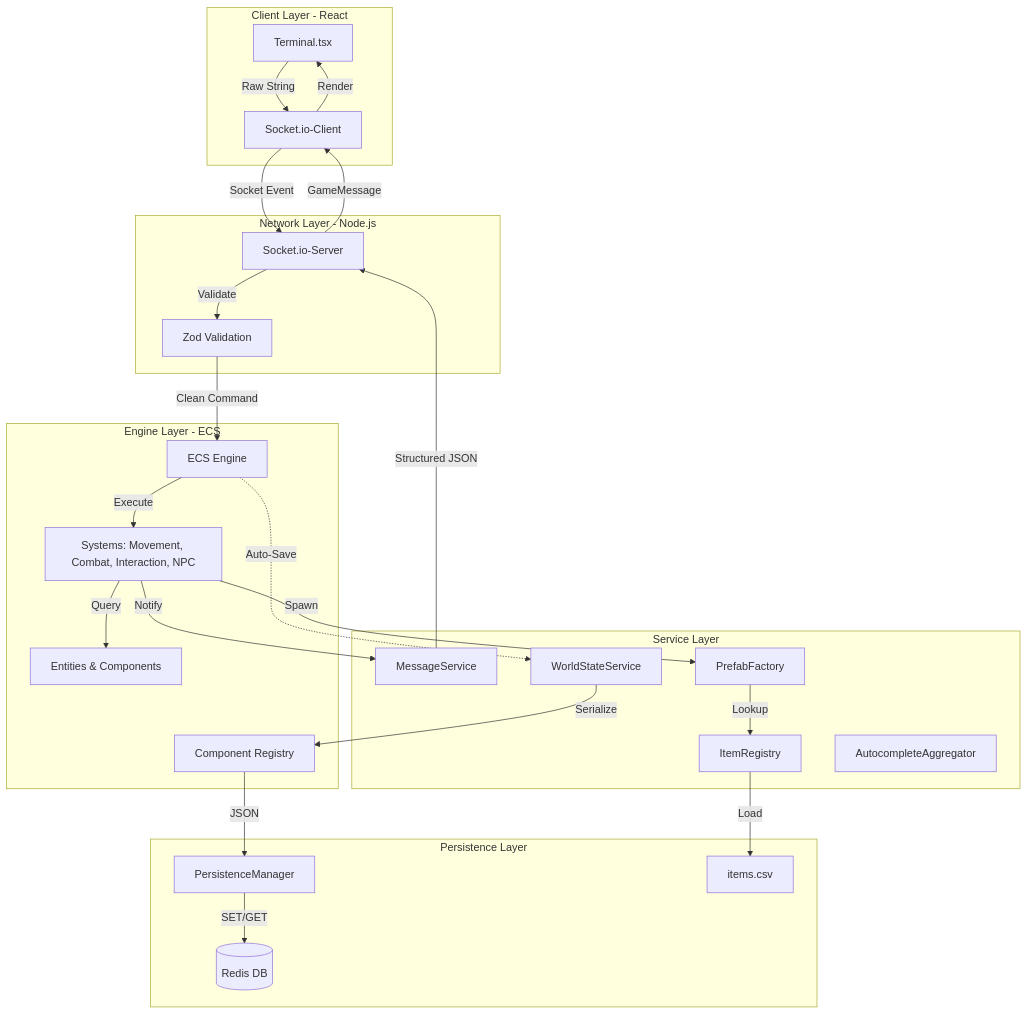
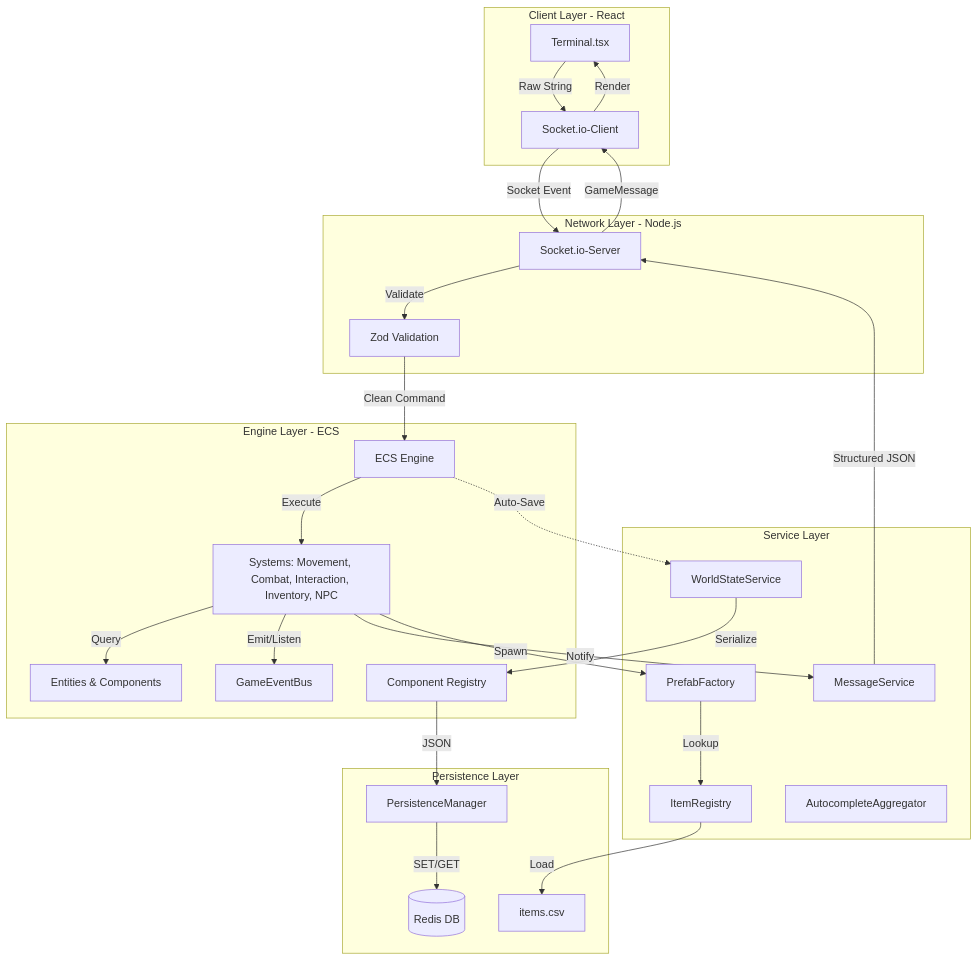
The diagram in AGENTS.md (phobosd/Zenith-9), drawn with Mermaid before and after one commit. The commit also changed other lines of this file and 44 other files, not shown here.

````diff
--- a/AGENTS.md
+++ b/AGENTS.md
@@ -31,60 +32,62 @@
 ```mermaid
 graph TD
     subgraph Client_Layer [Client Layer - React]
         Terminal[Terminal.tsx]
         SocketClient[Socket.io-Client]
     end
 
     subgraph Network_Layer [Network Layer - Node.js]
         SocketServer[Socket.io-Server]
         Zod[Zod Validation]
     end
 
     subgraph Engine_Layer [Engine Layer - ECS]
         Engine[ECS Engine]
-        Systems[Systems: Movement, Combat, Interaction, NPC]
+        Systems[Systems: Movement, Combat, Interaction, Inventory, NPC]
         Entities[Entities & Components]
         Registry[Component Registry]
+        EventBus[GameEventBus]
     end
 
     subgraph Service_Layer [Service Layer]
         MessageService[MessageService]
         WorldState[WorldStateService]
         PrefabFactory[PrefabFactory]
         ItemRegistry[ItemRegistry]
         Autocomplete[AutocompleteAggregator]
     end
 
     subgraph Persistence_Layer [Persistence Layer]
         PersistenceManager[PersistenceManager]
         Redis[(Redis DB)]
         CSV[items.csv]
     end
 
     %% Command Flow
     Terminal -->|Raw String| SocketClient
     SocketClient -->|Socket Event| SocketServer
     SocketServer -->|Validate| Zod
     Zod -->|Clean Command| Engine
     Engine -->|Execute| Systems
 
     %% System Logic
     Systems -->|Query| Entities
+    Systems -->|Emit/Listen| EventBus
     Systems -->|Notify| MessageService
     Systems -->|Spawn| PrefabFactory
     
     %% Data Flow
     PrefabFactory -->|Lookup| ItemRegistry
     ItemRegistry -->|Load| CSV
     
     %% Persistence Flow
     Engine -.->|Auto-Save| WorldState
     WorldState -->|Serialize| Registry
     Registry -->|JSON| PersistenceManager
     PersistenceManager -->|SET/GET| Redis
 
     %% Feedback Flow
     MessageService -->|Structured JSON| SocketServer
     SocketServer -->|GameMessage| SocketClient
     SocketClient -->|Render| Terminal
 ```
````
